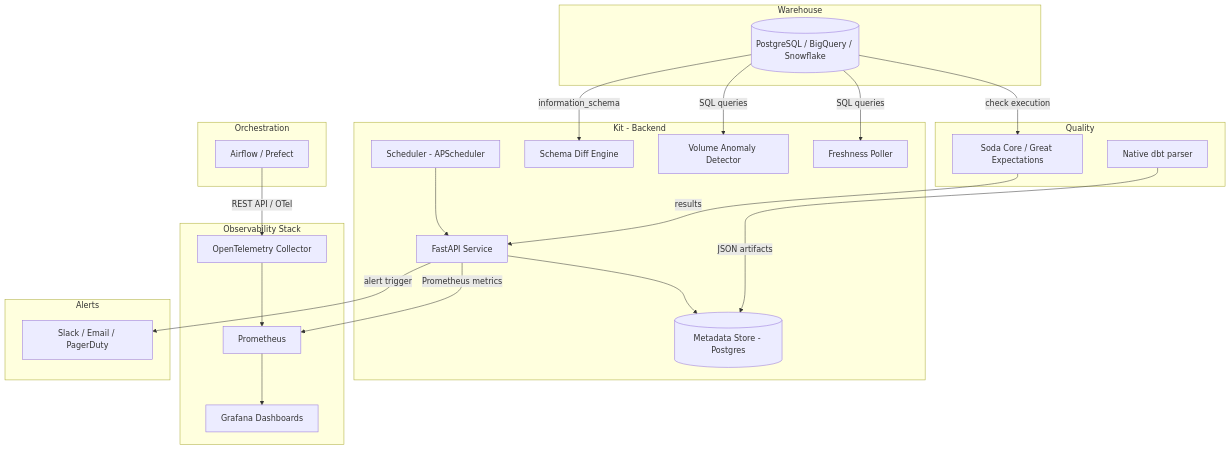
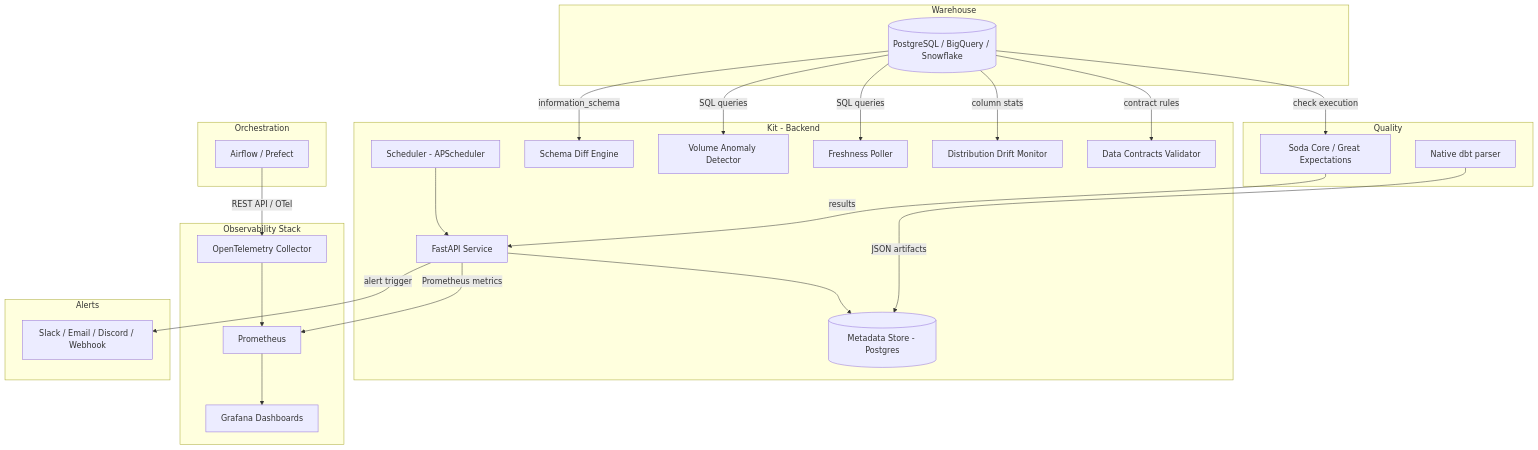
Before and after one commit to willowvibe/ObservaKit: the first of 3 diagrams in docs/architecture.md, drawn with Mermaid. The commit also changed other lines of this file and 5 other files, not shown here.

````diff
--- a/docs/architecture.md
+++ b/docs/architecture.md
@@ -9,48 +9,52 @@
 ```mermaid
 flowchart TD
     subgraph Orchestration
         A[Airflow / Prefect]
     end
 
     subgraph Warehouse
         B[(PostgreSQL / BigQuery / Snowflake)]
     end
 
     subgraph Kit - Backend
         C[FastAPI Service]
         D[(Metadata Store - Postgres)]
         E[Scheduler - APScheduler]
         F[Schema Diff Engine]
         G[Volume Anomaly Detector]
         H[Freshness Poller]
+        P[Distribution Drift Monitor]
+        Q[Data Contracts Validator]
     end
 
     subgraph Quality
         I[Soda Core / Great Expectations]
         J[Native dbt parser]
     end
 
     subgraph Observability Stack
         K[OpenTelemetry Collector]
         L[Prometheus]
         M[Grafana Dashboards]
     end
 
     subgraph Alerts
-        N[Slack / Email / PagerDuty]
+        N[Slack / Email / Discord / Webhook]
     end
 
     A -- REST API / OTel --> K
     B -- SQL queries --> H
     B -- SQL queries --> G
     B -- information_schema --> F
+    B -- column stats --> P
+    B -- contract rules --> Q
     B -- check execution --> I
     J -- JSON artifacts --> D
     I -- results --> C
     C --> D
     E --> C
     K --> L
     L --> M
     C -- Prometheus metrics --> L
     C -- alert trigger --> N
 ```
````
